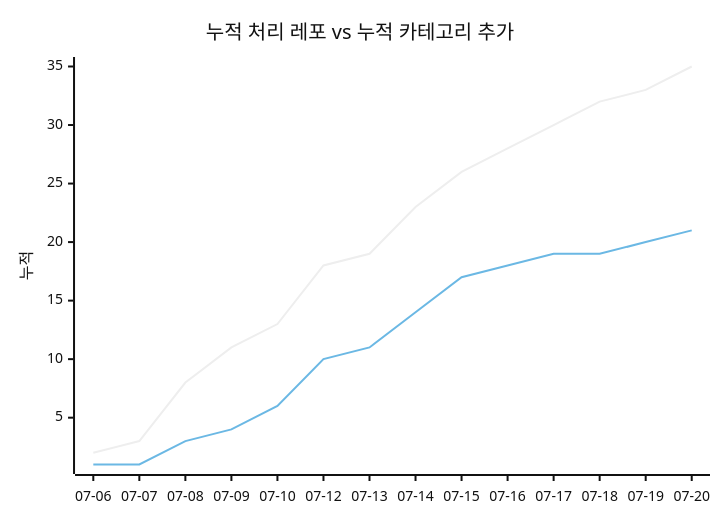
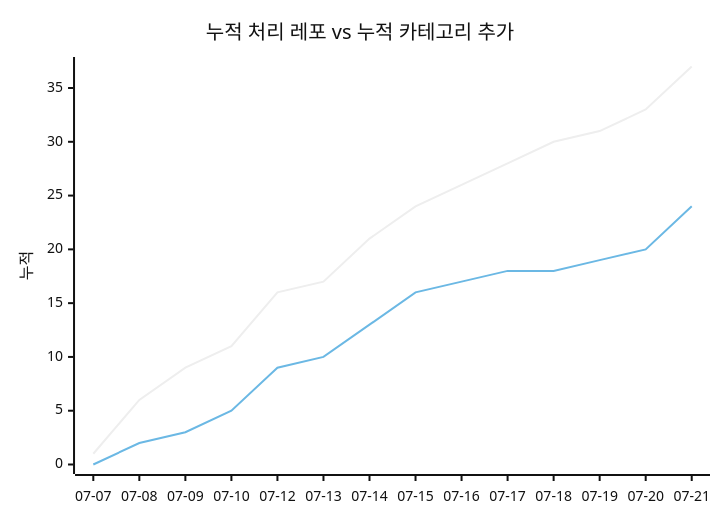
One commit to J-nowcow/awesome-korean-agent-skills changed the second of 2 diagrams in docs/trends.md. Above: the diagram before and after it, drawn with Mermaid (neutral theme). The commit also changed other lines of this file and 7 other files, not shown here.

````diff
--- a/docs/trends.md
+++ b/docs/trends.md
@@ -68,8 +68,8 @@
 ```mermaid
 xychart-beta
     title "누적 처리 레포 vs 누적 카테고리 추가"
-    x-axis ["07-06","07-07","07-08","07-09","07-10","07-12","07-13","07-14","07-15","07-16","07-17","07-18","07-19","07-20"]
+    x-axis ["07-07","07-08","07-09","07-10","07-12","07-13","07-14","07-15","07-16","07-17","07-18","07-19","07-20","07-21"]
     y-axis "누적"
-    line [2,3,8,11,13,18,19,23,26,28,30,32,33,35]
-    line [1,1,3,4,6,10,11,14,17,18,19,19,20,21]
+    line [1,6,9,11,16,17,21,24,26,28,30,31,33,37]
+    line [0,2,3,5,9,10,13,16,17,18,18,19,20,24]
 ```
````
